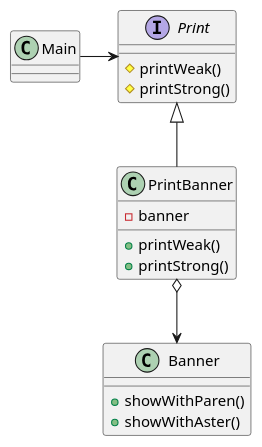
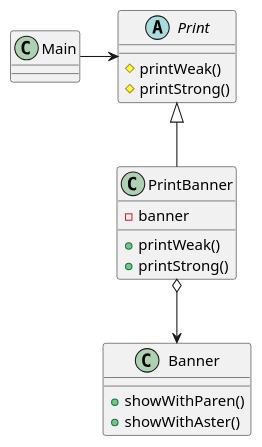
The diagram in src/me/study/pattern/adapter/AdapterExample2.puml (jsyang-dev/study-designpattern), drawn with PlantUML before and after one commit. The commit also changed 1 other file, not shown here.

Commit message:
기능: 클래스 다이어그램 수정
* Adapter 패턴 클래스 다이어그램 수정

```diff
--- a/src/me/study/pattern/adapter/AdapterExample2.puml
+++ b/src/me/study/pattern/adapter/AdapterExample2.puml
@@ -1,23 +1,23 @@
 @startuml
 
 class Main {
 }
-interface Print {
+abstract class Print {
     #printWeak()
     #printStrong()
 }
 class PrintBanner {
     -banner
     +printWeak()
     +printStrong()
 }
 class Banner {
     +showWithParen()
     +showWithAster()
 }
 
 Main -> Print
 Print <|-- PrintBanner
 PrintBanner o--> Banner
 
 @enduml
```
